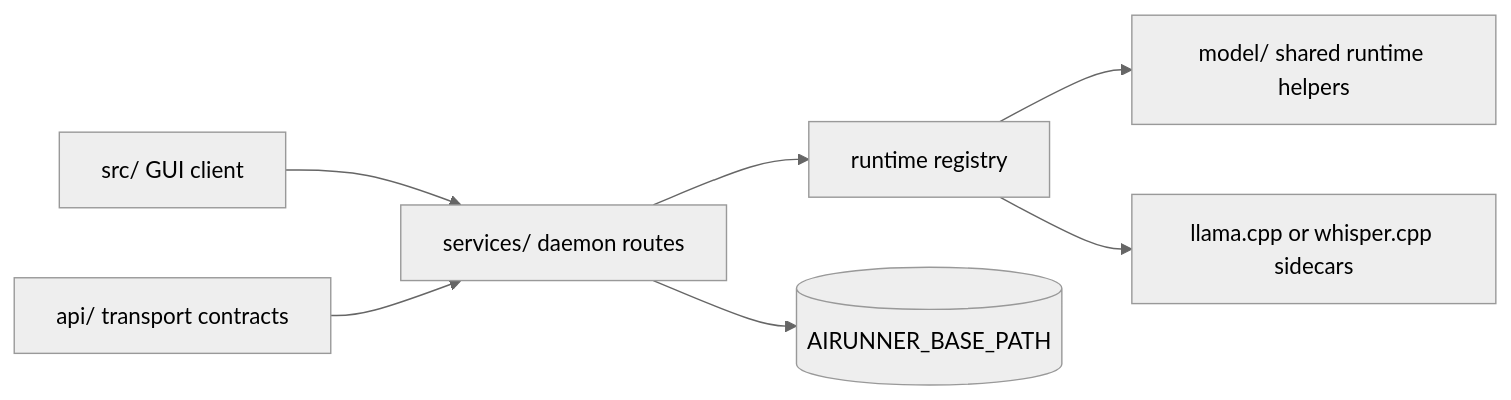
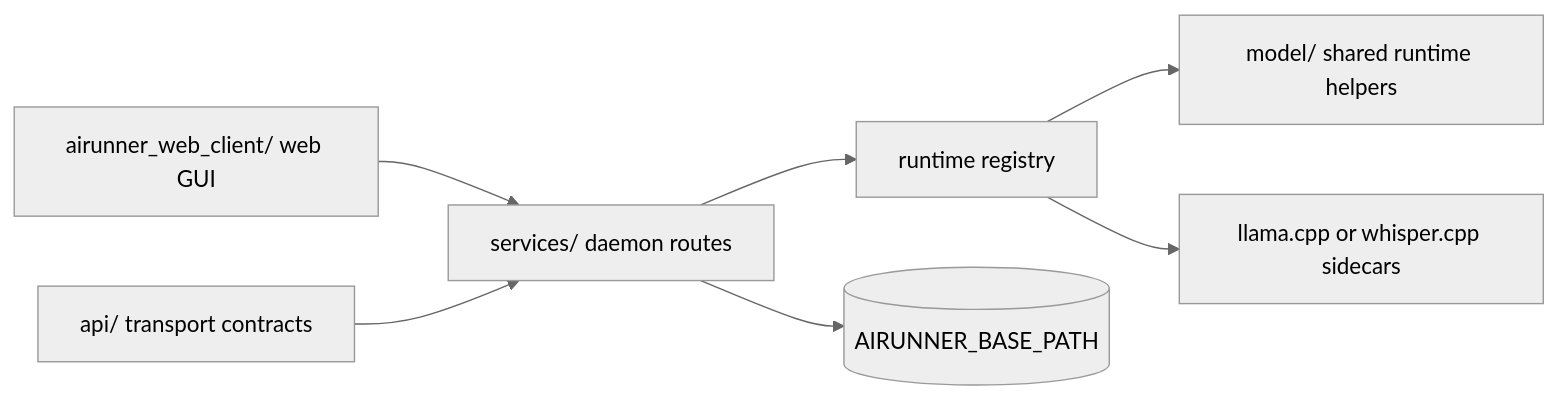
The diagram in services/README.md (Capsize-Games/airunner), drawn with Mermaid (neutral theme) before and after one commit. The commit also changed 3451 other files, not shown here.

````diff
--- a/services/README.md
+++ b/services/README.md
@@ -8,9 +8,9 @@
 ```mermaid
 flowchart LR
-    GUI[src/ GUI client] --> Daemon[services/ daemon routes]
+    Web[airunner_web_client/ web GUI] --> Daemon[services/ daemon routes]
     API[api/ transport contracts] --> Daemon
     Daemon --> Registry[runtime registry]
     Registry --> Model[model/ shared runtime helpers]
     Registry --> Sidecars[llama.cpp or whisper.cpp sidecars]
     Daemon --> Data[(AIRUNNER_BASE_PATH)]
 ```
````
